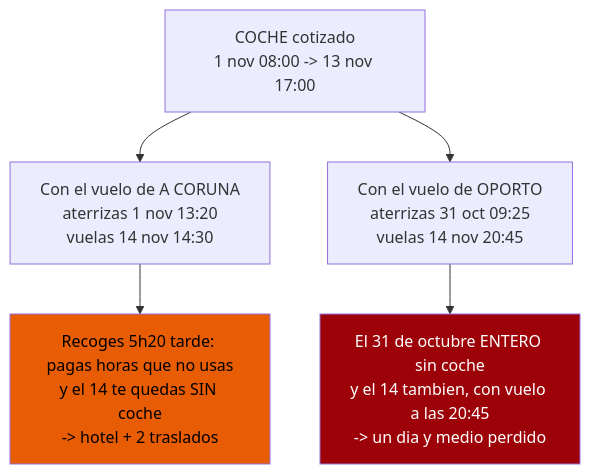
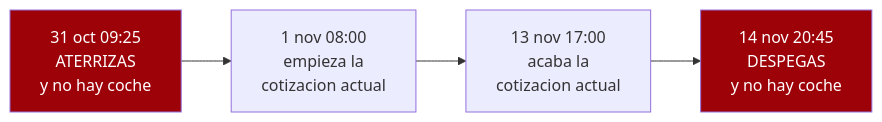
One commit to morandeirachema/namibia changed the third of 8 diagrams in 02-presupuesto.md. Above: the diagram before and after it, drawn with Mermaid. The commit also changed other lines of this file and 26 other files, not shown here.

````diff
--- a/02-presupuesto.md
+++ b/02-presupuesto.md
@@ -116,10 +116,8 @@
 ```mermaid
-flowchart TD
-    C["COCHE cotizado<br/>1 nov 08:00 -> 13 nov 17:00"]
-    C --> A["Con el vuelo de A CORUNA<br/>aterrizas 1 nov 13:20<br/>vuelas 14 nov 14:30"]
-    C --> B["Con el vuelo de OPORTO<br/>aterrizas 31 oct 09:25<br/>vuelas 14 nov 20:45"]
-    A --> A1["Recoges 5h20 tarde: pagas horas que no usas<br/>y el 14 te quedas SIN coche<br/>-> hotel + 2 traslados"]
-    B --> B1["El 31 de octubre ENTERO sin coche<br/>y el 14 tambien, con vuelo a las 20:45<br/>-> un dia y medio perdido"]
-    style A1 fill:#e85d04,color:#000
-    style B1 fill:#9d0208,color:#fff
+flowchart LR
+    A["31 oct 09:25<br/>ATERRIZAS<br/>y no hay coche"] --> B["1 nov 08:00<br/>empieza la<br/>cotizacion actual"]
+    B --> C["13 nov 17:00<br/>acaba la<br/>cotizacion actual"]
+    C --> D["14 nov 20:45<br/>DESPEGAS<br/>y no hay coche"]
+    style A fill:#9d0208,color:#fff
+    style D fill:#9d0208,color:#fff
 ```
````
